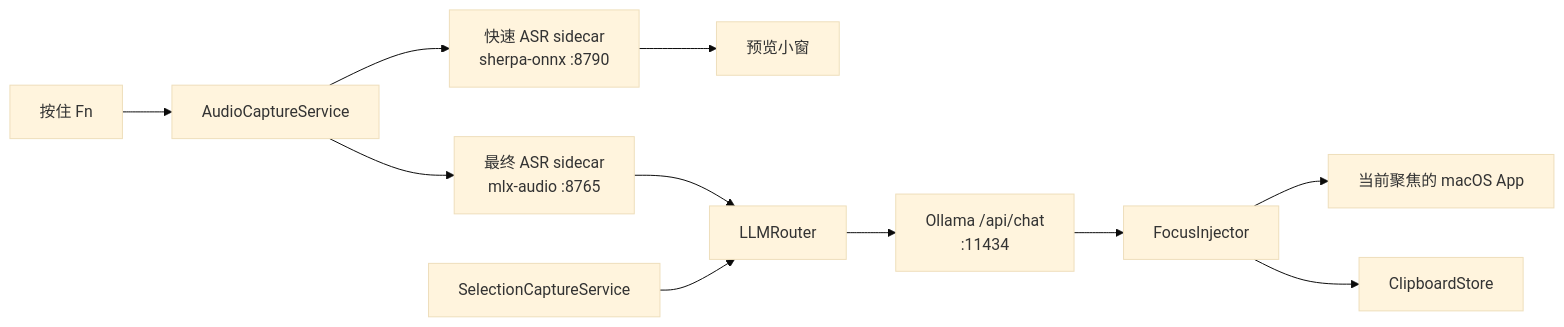
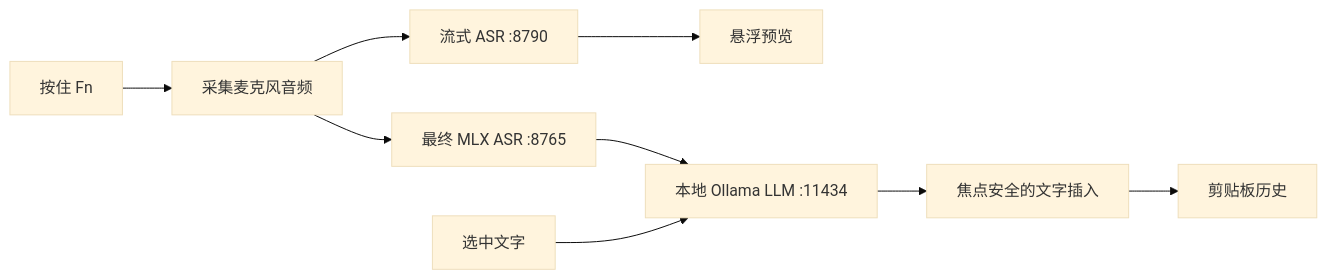
Before and after one commit to xiaokhkh/inVoice: the diagram in README.zh.md, drawn with Mermaid (base theme). The commit also changed other lines of this file and 1 other file, not shown here.

````diff
--- a/README.zh.md
+++ b/README.zh.md
@@ -91,13 +141,11 @@
 ```mermaid
 flowchart LR
-    A["按住 Fn"] --> B["AudioCaptureService"]
-    B --> C["快速 ASR sidecar<br/>sherpa-onnx :8790"]
-    C --> D["预览小窗"]
-    B --> E["最终 ASR sidecar<br/>mlx-audio :8765"]
-    E --> F["LLMRouter"]
-    F --> G["Ollama /api/chat<br/>:11434"]
-    G --> H["FocusInjector"]
-    H --> I["当前聚焦的 macOS App"]
-    J["SelectionCaptureService"] --> F
-    H --> K["ClipboardStore"]
+    A["按住 Fn"] --> B["采集麦克风音频"]
+    B --> C["流式 ASR :8790"]
+    C --> D["悬浮预览"]
+    B --> E["最终 MLX ASR :8765"]
+    E --> F["本地 Ollama LLM :11434"]
+    F --> G["焦点安全的文字插入"]
+    H["选中文字"] --> F
+    G --> I["剪贴板历史"]
 ```
````
